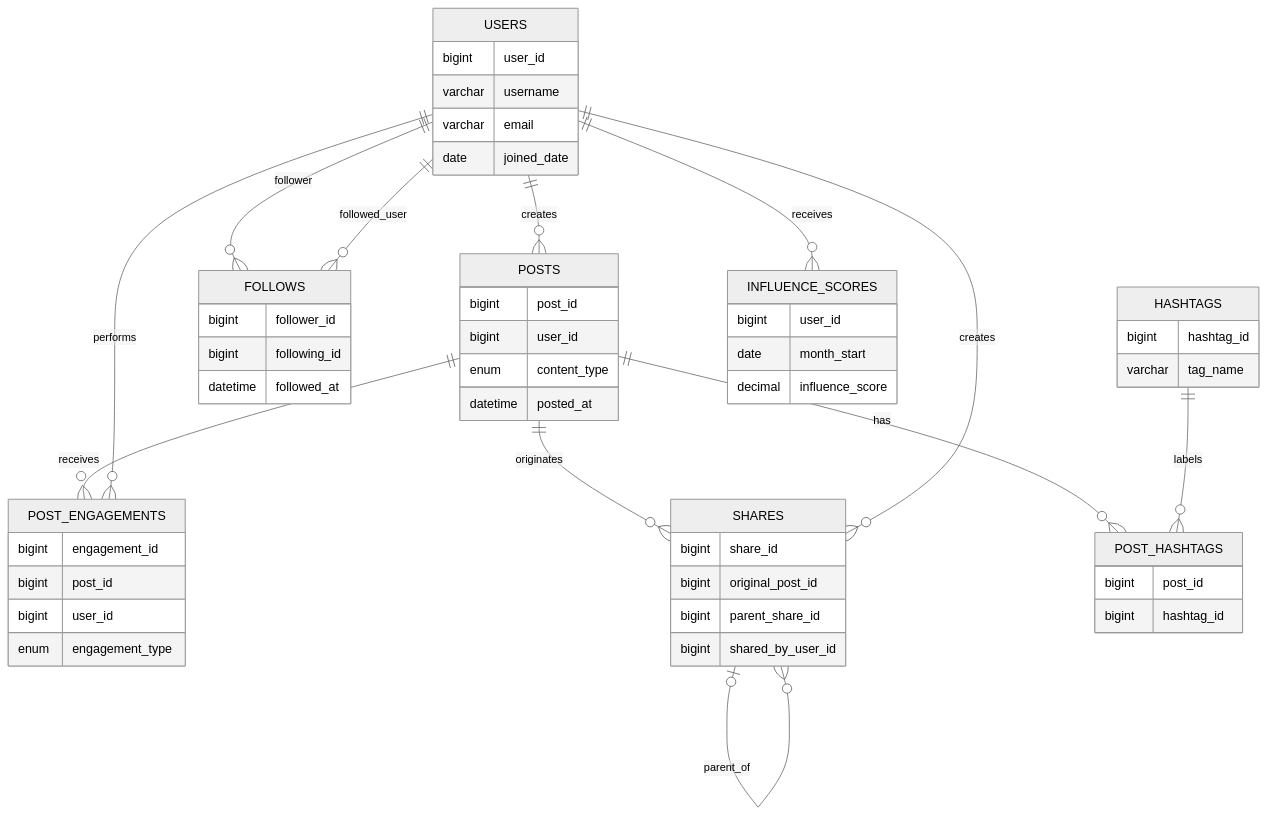
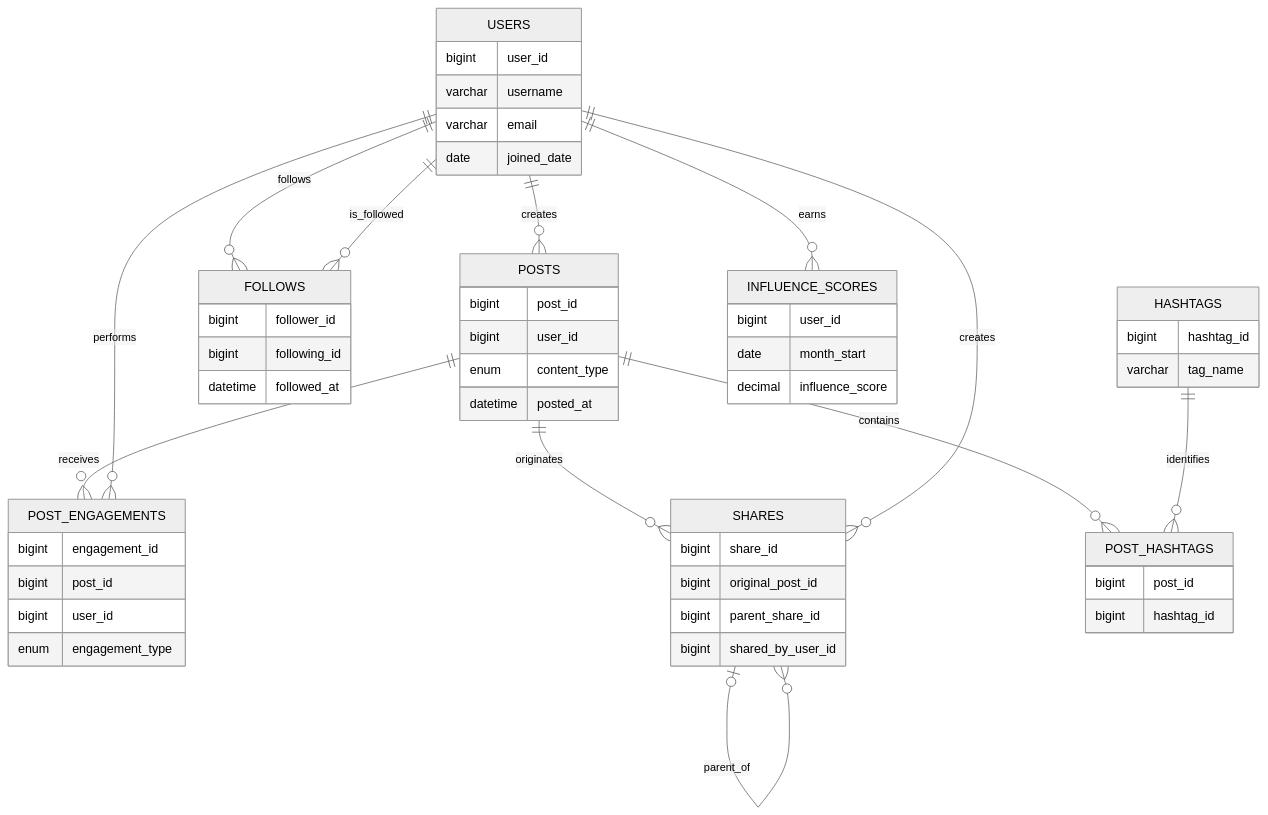
Before and after one commit to allen745/social-network-influence-recommendation-engine: the diagram in README.md, drawn with Mermaid (neutral theme). The commit also changed other lines of this file, not shown here.

````diff
--- a/README.md
+++ b/README.md
@@ -11,41 +32,41 @@
 ```mermaid
 erDiagram
     USERS ||--o{ POSTS : creates
-    USERS ||--o{ FOLLOWS : follower
-    USERS ||--o{ FOLLOWS : followed_user
+    USERS ||--o{ FOLLOWS : follows
+    USERS ||--o{ FOLLOWS : is_followed
     POSTS ||--o{ POST_ENGAGEMENTS : receives
     USERS ||--o{ POST_ENGAGEMENTS : performs
     POSTS ||--o{ SHARES : originates
     USERS ||--o{ SHARES : creates
     SHARES o|--o{ SHARES : parent_of
-    POSTS ||--o{ POST_HASHTAGS : has
-    HASHTAGS ||--o{ POST_HASHTAGS : labels
-    USERS ||--o{ INFLUENCE_SCORES : receives
+    POSTS ||--o{ POST_HASHTAGS : contains
+    HASHTAGS ||--o{ POST_HASHTAGS : identifies
+    USERS ||--o{ INFLUENCE_SCORES : earns
 
     USERS { bigint user_id
             varchar username
             varchar email
             date joined_date }
     FOLLOWS { bigint follower_id
               bigint following_id
               datetime followed_at }
     POSTS { bigint post_id
             bigint user_id
             enum content_type
             datetime posted_at }
     POST_ENGAGEMENTS { bigint engagement_id
                        bigint post_id
                        bigint user_id
                        enum engagement_type }
     SHARES { bigint share_id
              bigint original_post_id
              bigint parent_share_id
              bigint shared_by_user_id }
     HASHTAGS { bigint hashtag_id
                varchar tag_name }
     POST_HASHTAGS { bigint post_id
                     bigint hashtag_id }
     INFLUENCE_SCORES { bigint user_id
                        date month_start
                        decimal influence_score }
 ```
````
